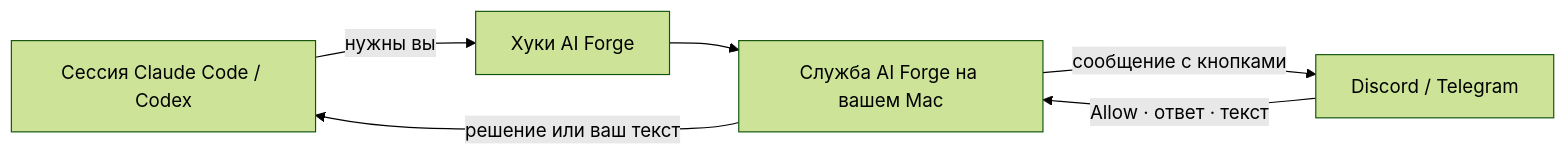
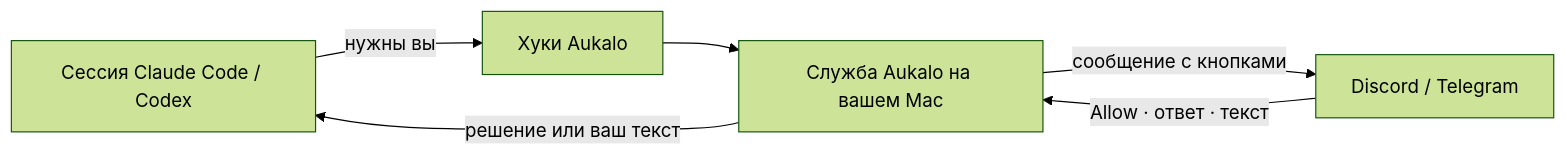
Before and after one commit to dzotyara/ai-forge: the diagram in README.ru.md, drawn with Mermaid (forest theme). The commit also changed other lines of this file and 107 other files, not shown here.

First line of the commit message:
Rename AI Forge to Aukalo 2.0.0

````diff
--- a/README.ru.md
+++ b/README.ru.md
@@ -122,8 +124,8 @@
 ```mermaid
 flowchart LR
-  A["Сессия Claude Code / Codex"] -- "нужны вы" --> B["Хуки AI Forge"]
-  B --> C["Служба AI Forge на вашем Mac"]
+  A["Сессия Claude Code / Codex"] -- "нужны вы" --> B["Хуки Aukalo"]
+  B --> C["Служба Aukalo на вашем Mac"]
   C -- "сообщение с кнопками" --> D["Discord / Telegram"]
   D -- "Allow · ответ · текст" --> C
   C -- "решение или ваш текст" --> A
 ```
````
